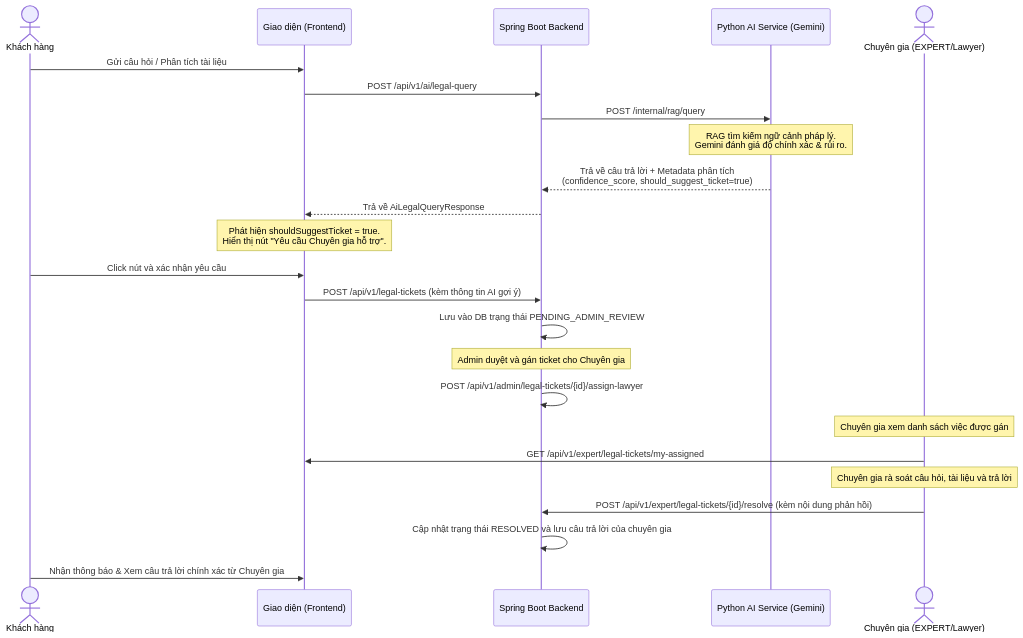
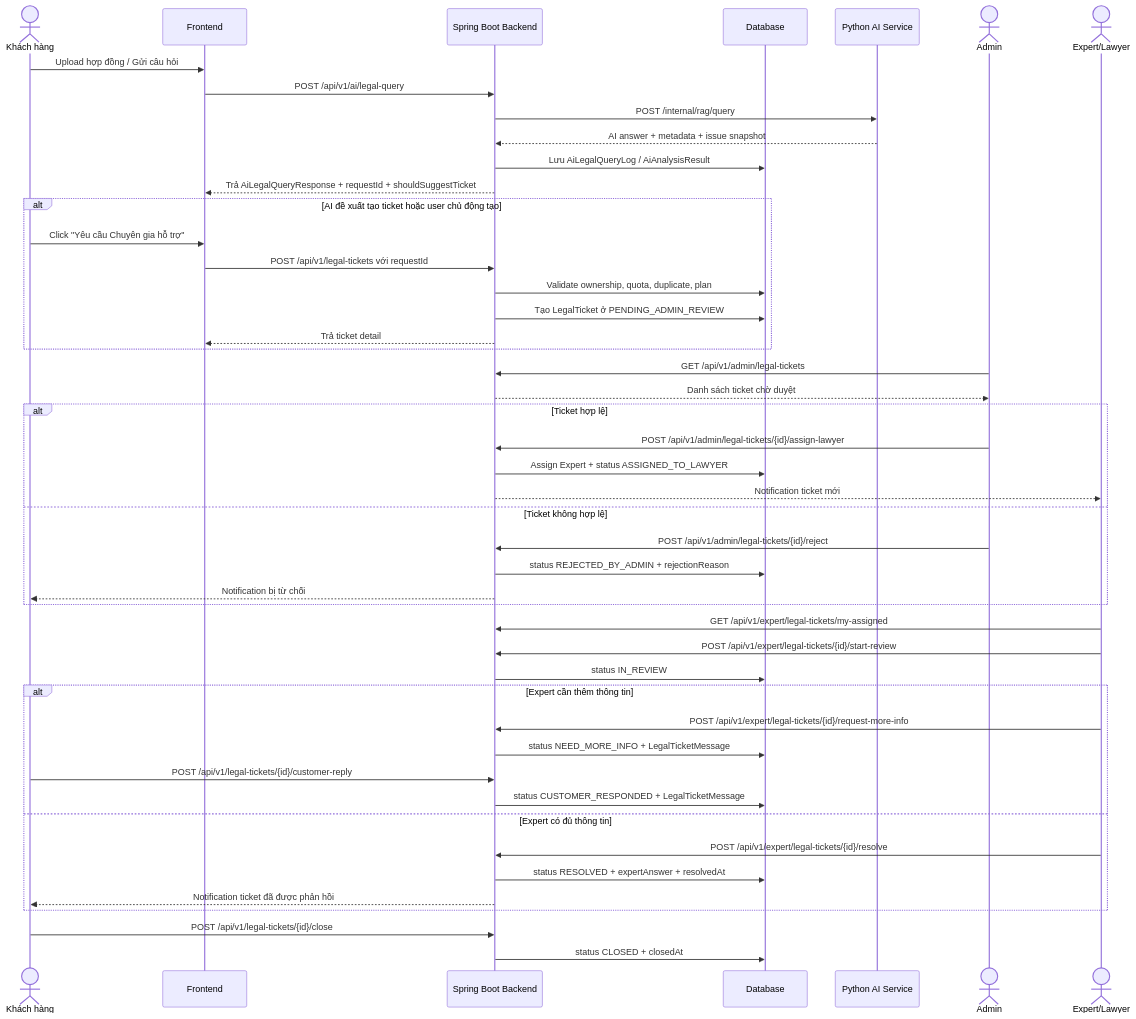
Before and after one commit to MinhKhang17/ai-legal-document-analyzer: the first of 2 diagrams in backend/docs/legal_ticket_extended_specification.md, drawn with Mermaid. The commit also changed other lines of this file and 30 other files, not shown here.

Commit message:
feat(legalticket): implement JPA entities, service layers, and REST APIs for Legal Ticket

````diff
--- a/backend/docs/legal_ticket_extended_specification.md
+++ b/backend/docs/legal_ticket_extended_specification.md
@@ -9,27 +42,56 @@
 ```mermaid
 sequenceDiagram
     actor Customer as Khách hàng
-    participant FE as Giao diện (Frontend)
+    participant FE as Frontend
     participant BE as Spring Boot Backend
-    participant AI as Python AI Service (Gemini)
-    actor Expert as Chuyên gia (EXPERT/Lawyer)
+    participant DB as Database
+    participant AI as Python AI Service
+    actor Admin as Admin
+    actor Expert as Expert/Lawyer
 
-    Customer->>FE: Gửi câu hỏi / Phân tích tài liệu
+    Customer->>FE: Upload hợp đồng / Gửi câu hỏi
     FE->>BE: POST /api/v1/ai/legal-query
     BE->>AI: POST /internal/rag/query
-    Note over AI: RAG tìm kiếm ngữ cảnh pháp lý.<br/>Gemini đánh giá độ chính xác & rủi ro.
-    AI-->>BE: Trả về câu trả lời + Metadata phân tích<br/>(confidence_score, should_suggest_ticket=true)
-    BE-->>FE: Trả về AiLegalQueryResponse
-    Note over FE: Phát hiện shouldSuggestTicket = true.<br/>Hiển thị nút "Yêu cầu Chuyên gia hỗ trợ".
-    Customer->>FE: Click nút và xác nhận yêu cầu
-    FE->>BE: POST /api/v1/legal-tickets (kèm thông tin AI gợi ý)
-    BE->>BE: Lưu vào DB trạng thái PENDING_ADMIN_REVIEW
-    Note over BE: Admin duyệt và gán ticket cho Chuyên gia
-    BE->>BE: POST /api/v1/admin/legal-tickets/{id}/assign-lawyer
-    Note over Expert: Chuyên gia xem danh sách việc được gán
-    Expert->>FE: GET /api/v1/expert/legal-tickets/my-assigned
-    Note over Expert: Chuyên gia rà soát câu hỏi, tài liệu và trả lời
-    Expert->>BE: POST /api/v1/expert/legal-tickets/{id}/resolve (kèm nội dung phản hồi)
-    BE->>BE: Cập nhật trạng thái RESOLVED và lưu câu trả lời của chuyên gia
-    Customer->>FE: Nhận thông báo & Xem câu trả lời chính xác từ Chuyên gia
+    AI-->>BE: AI answer + metadata + issue snapshot
+    BE->>DB: Lưu AiLegalQueryLog / AiAnalysisResult
+    BE-->>FE: Trả AiLegalQueryResponse + requestId + shouldSuggestTicket
+
+    alt AI đề xuất tạo ticket hoặc user chủ động tạo
+        Customer->>FE: Click "Yêu cầu Chuyên gia hỗ trợ"
+        FE->>BE: POST /api/v1/legal-tickets với requestId
+        BE->>DB: Validate ownership, quota, duplicate, plan
+        BE->>DB: Tạo LegalTicket ở PENDING_ADMIN_REVIEW
+        BE-->>FE: Trả ticket detail
+    end
+
+    Admin->>BE: GET /api/v1/admin/legal-tickets
+    BE-->>Admin: Danh sách ticket chờ duyệt
+
+    alt Ticket hợp lệ
+        Admin->>BE: POST /api/v1/admin/legal-tickets/{id}/assign-lawyer
+        BE->>DB: Assign Expert + status ASSIGNED_TO_LAWYER
+        BE-->>Expert: Notification ticket mới
+    else Ticket không hợp lệ
+        Admin->>BE: POST /api/v1/admin/legal-tickets/{id}/reject
+        BE->>DB: status REJECTED_BY_ADMIN + rejectionReason
+        BE-->>Customer: Notification bị từ chối
+    end
+
+    Expert->>BE: GET /api/v1/expert/legal-tickets/my-assigned
+    Expert->>BE: POST /api/v1/expert/legal-tickets/{id}/start-review
+    BE->>DB: status IN_REVIEW
+
+    alt Expert cần thêm thông tin
+        Expert->>BE: POST /api/v1/expert/legal-tickets/{id}/request-more-info
+        BE->>DB: status NEED_MORE_INFO + LegalTicketMessage
+        Customer->>BE: POST /api/v1/legal-tickets/{id}/customer-reply
+        BE->>DB: status CUSTOMER_RESPONDED + LegalTicketMessage
+    else Expert có đủ thông tin
+        Expert->>BE: POST /api/v1/expert/legal-tickets/{id}/resolve
+        BE->>DB: status RESOLVED + expertAnswer + resolvedAt
+        BE-->>Customer: Notification ticket đã được phản hồi
+    end
+
+    Customer->>BE: POST /api/v1/legal-tickets/{id}/close
+    BE->>DB: status CLOSED + closedAt
 ```
````
